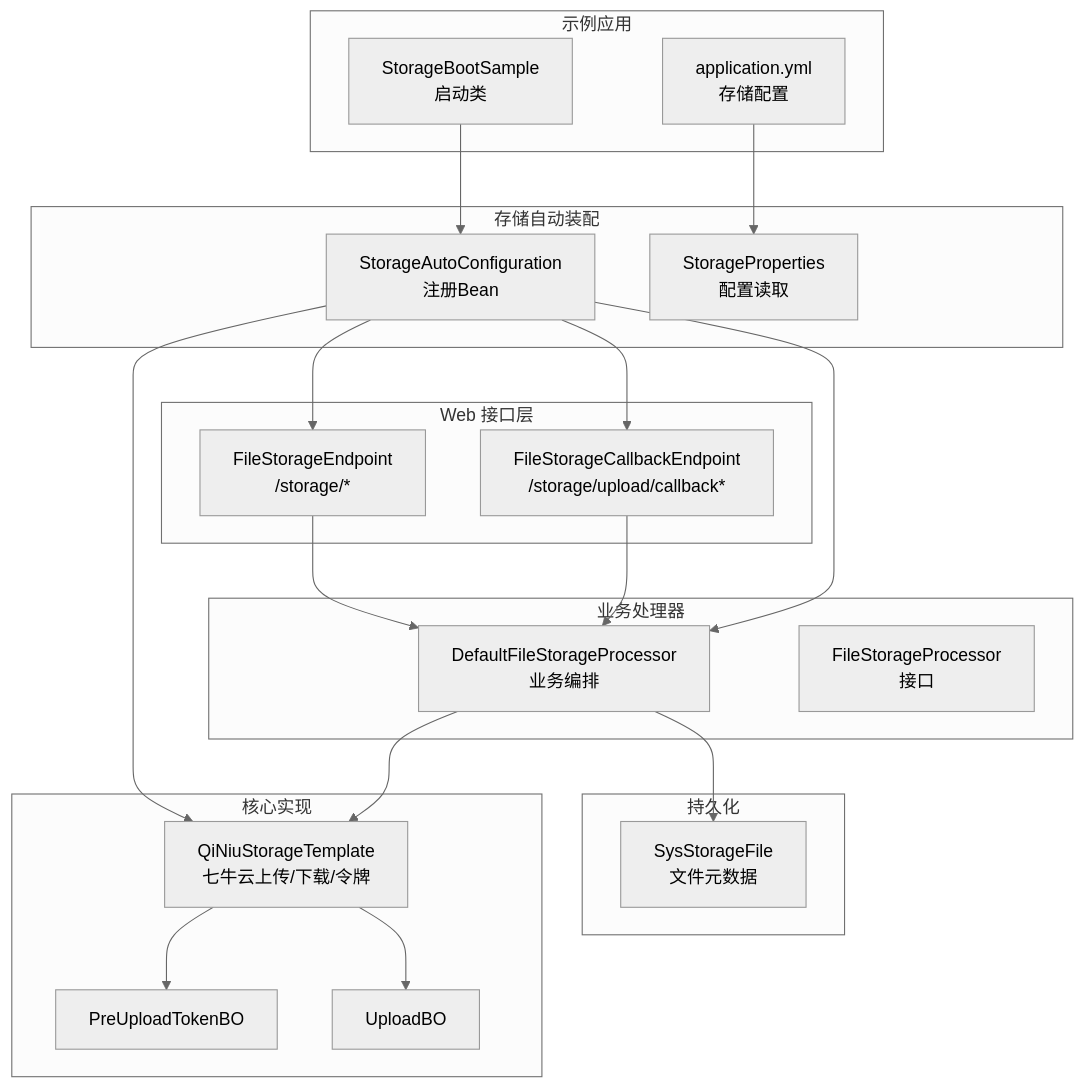
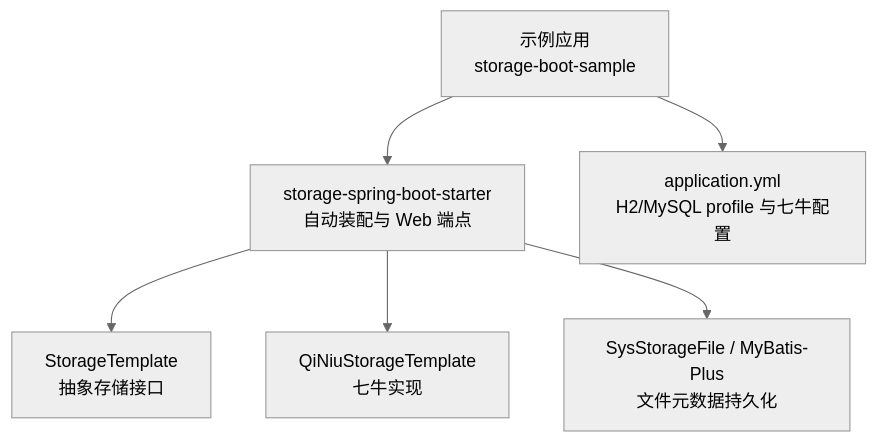
One commit to LiukewenSC/kewen-framework changed the first of 7 diagrams in .qoder/repowiki/zh/content/示例应用/文件存储示例.md. Above: the diagram before and after it, drawn with Mermaid (neutral theme). The commit also changed other lines of this file and 195 other files, not shown here.

````diff
--- a/.qoder/repowiki/zh/content/示例应用/文件存储示例.md
+++ b/.qoder/repowiki/zh/content/示例应用/文件存储示例.md
@@ -40,39 +49,8 @@
 ```mermaid
 graph TB
-subgraph "示例应用"
-SBS["StorageBootSample<br/>启动类"]
-APPYML["application.yml<br/>存储配置"]
-end
-subgraph "存储自动装配"
-SAC["StorageAutoConfiguration<br/>注册Bean"]
-SP["StorageProperties<br/>配置读取"]
-end
-subgraph "Web 接口层"
-FSE["FileStorageEndpoint<br/>/storage/*"]
-FSCE["FileStorageCallbackEndpoint<br/>/storage/upload/callback*"]
-end
-subgraph "业务处理器"
-DFSP["DefaultFileStorageProcessor<br/>业务编排"]
-FSP["FileStorageProcessor<br/>接口"]
-end
-subgraph "核心实现"
-QST["QiNiuStorageTemplate<br/>七牛云上传/下载/令牌"]
-BO1["PreUploadTokenBO"]
-BO2["UploadBO"]
-end
-subgraph "持久化"
-SSF["SysStorageFile<br/>文件元数据"]
-end
-SBS --> SAC
-APPYML --> SP
-SAC --> QST
-SAC --> FSE
-SAC --> FSCE
-SAC --> DFSP
-FSE --> DFSP
-FSCE --> DFSP
-DFSP --> QST
-DFSP --> SSF
-QST --> BO1
-QST --> BO2
+    A["示例应用<br/>storage-boot-sample"] --> B["storage-spring-boot-starter<br/>自动装配与 Web 端点"]
+    B --> C["StorageTemplate<br/>抽象存储接口"]
+    B --> D["QiNiuStorageTemplate<br/>七牛实现"]
+    B --> E["SysStorageFile / MyBatis-Plus<br/>文件元数据持久化"]
+    A --> F["application.yml<br/>H2/MySQL profile 与七牛配置"]
 ```
````
